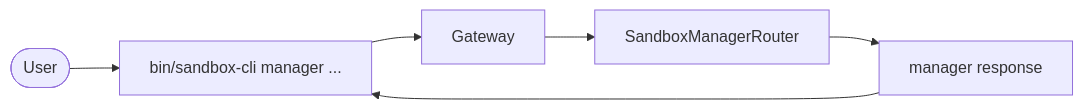
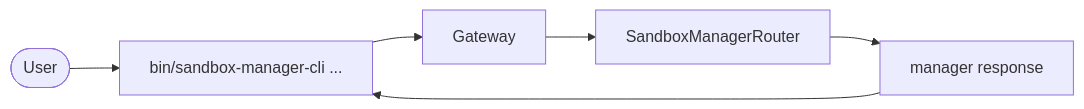
Before and after one commit to Ephemeral-AI-Lab/ephemeral-os: the third of 5 diagrams in docs/obsidian/ephemeral-os/docs/cli-gateway-manager-runtime.md, drawn with Mermaid. The commit also changed other lines of this file and 57 other files, not shown here.

````diff
--- a/docs/obsidian/ephemeral-os/docs/cli-gateway-manager-runtime.md
+++ b/docs/obsidian/ephemeral-os/docs/cli-gateway-manager-runtime.md
@@ -111,10 +131,10 @@
 ```mermaid
 flowchart LR
     User([User])
-    CLI["bin/sandbox-cli manager ..."]
+    CLI["bin/sandbox-manager-cli ..."]
     Gateway["Gateway"]
     Router["SandboxManagerRouter"]
     Response["manager response"]
 
     User --> CLI --> Gateway --> Router --> Response --> CLI
 ```
````
